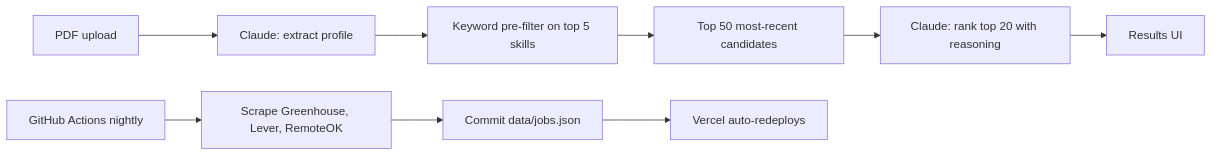
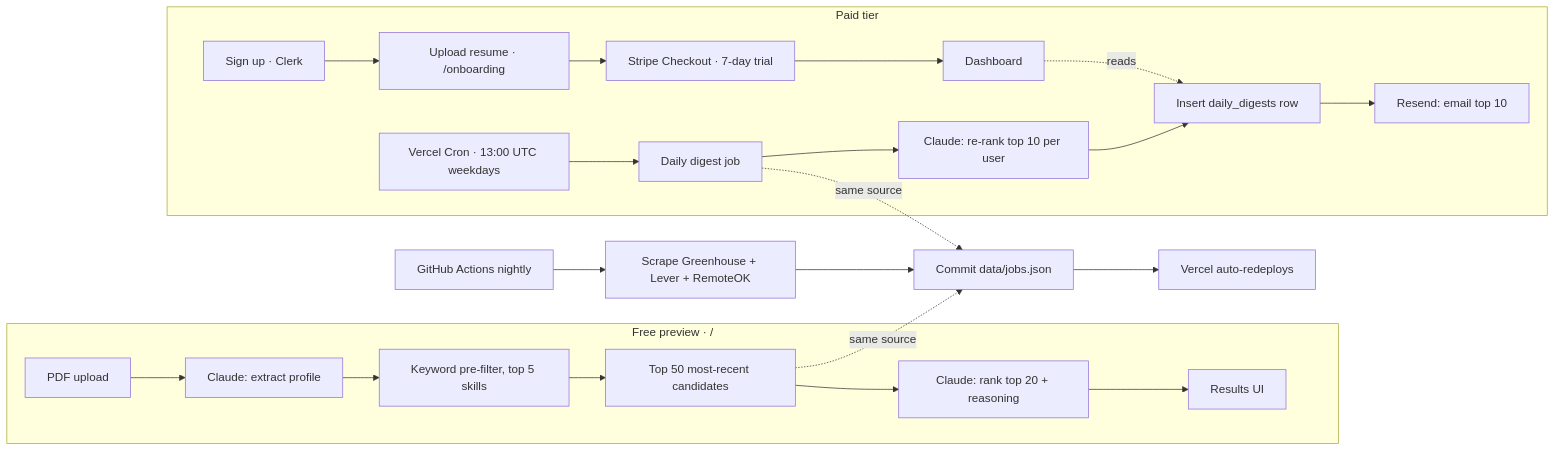
The diagram in README.md (abdelrahmanebensahla/job-cannon), drawn with Mermaid before and after one commit. The commit also changed other lines of this file and 4 other files, not shown here.

````diff
--- a/README.md
+++ b/README.md
@@ -13,11 +15,27 @@
 ```mermaid
 graph LR
-  A[PDF upload] --> B[Claude: extract profile]
-  B --> C[Keyword pre-filter on top 5 skills]
-  C --> D[Top 50 most-recent candidates]
-  D --> E[Claude: rank top 20 with reasoning]
-  E --> F[Results UI]
-  G[GitHub Actions nightly] --> H[Scrape Greenhouse, Lever, RemoteOK]
-  H --> I[Commit data/jobs.json]
-  I --> J[Vercel auto-redeploys]
+  subgraph FREE [Free preview · /]
+    A[PDF upload] --> B[Claude: extract profile]
+    B --> C[Keyword pre-filter, top 5 skills]
+    C --> D[Top 50 most-recent candidates]
+    D --> E[Claude: rank top 20 + reasoning]
+    E --> F[Results UI]
+  end
+
+  subgraph SAAS [Paid tier]
+    G[Sign up · Clerk] --> H[Upload resume · /onboarding]
+    H --> I[Stripe Checkout · 7-day trial]
+    I --> J[Dashboard]
+    K[Vercel Cron · 13:00 UTC weekdays] --> L[Daily digest job]
+    L --> M[Claude: re-rank top 10 per user]
+    M --> N[Insert daily_digests row]
+    N --> O[Resend: email top 10]
+    J -.reads.-> N
+  end
+
+  P[GitHub Actions nightly] --> Q[Scrape Greenhouse + Lever + RemoteOK]
+  Q --> R[Commit data/jobs.json]
+  R --> S[Vercel auto-redeploys]
+  D -.same source.-> R
+  L -.same source.-> R
 ```
````
